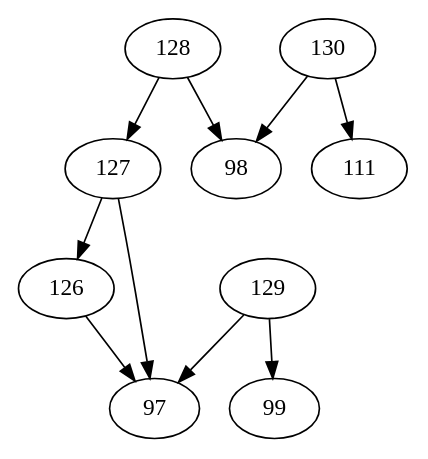
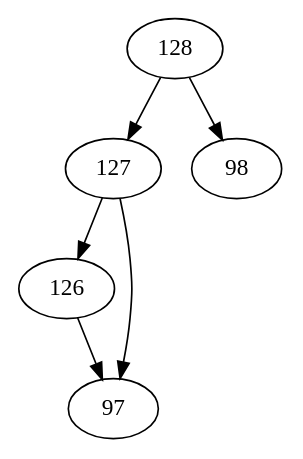
The diagram in tokenizer/bpe.dot (TsitouhRanjafy/algorithme), drawn with Graphviz before and after one commit. The commit also changed 2 other files, not shown here.

Commit message:
feat: generate graph to visualize the vocabulary by graphviz

```diff
--- a/tokenizer/bpe.dot
+++ b/tokenizer/bpe.dot
@@ -1,1 +1,1 @@
-digraph{ 126 -> {97,97} 127 -> {126,97} 128 -> {127,98} 129 -> {97,99} 130 -> {111,98} }
+digraph{ 126 -> {97,97} 127 -> {126,97} 128 -> {127,98} }
```
